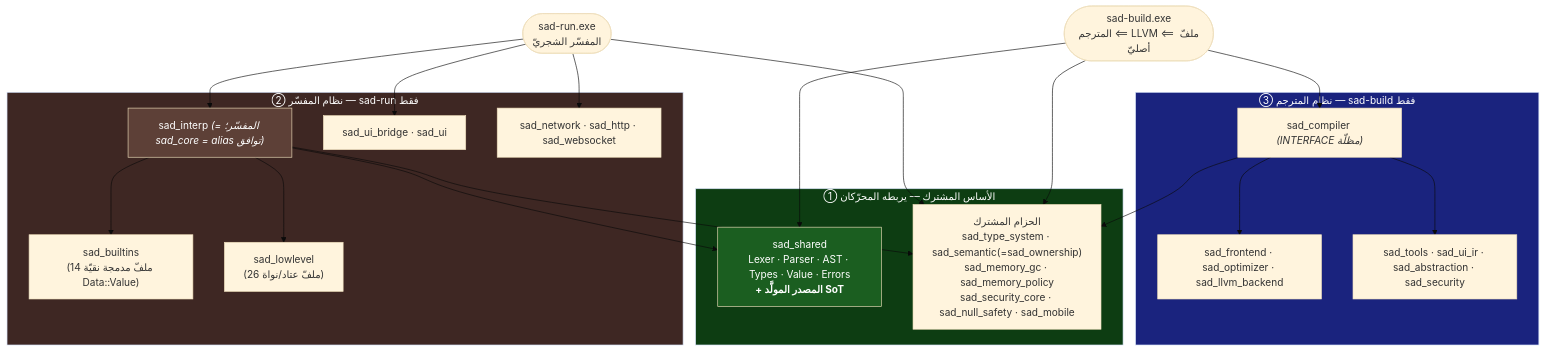
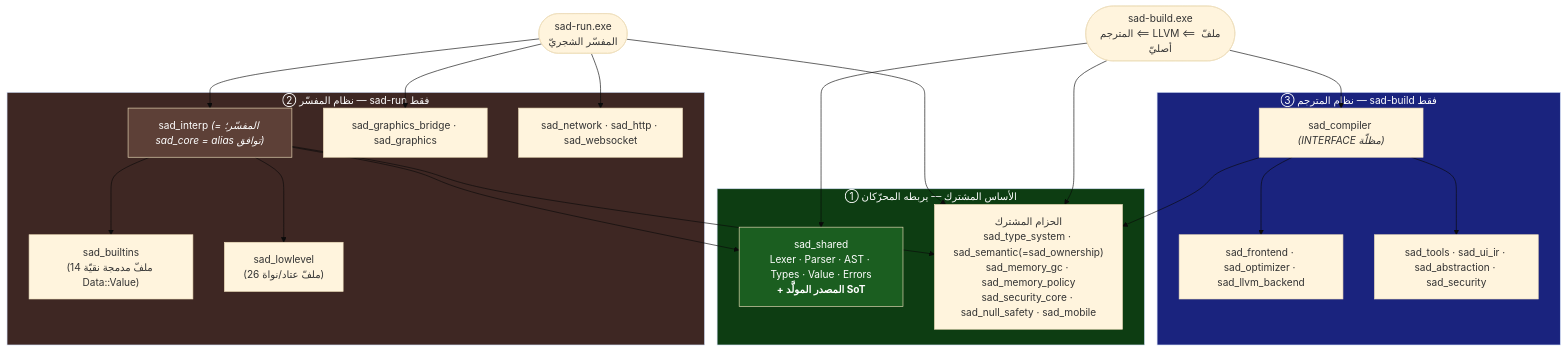
Before and after one commit to sadlang/sadlang: the diagram in docs/architecture/cmake-target-boundaries.md, drawn with Mermaid (base theme). The commit also changed other lines of this file and 676 other files, not shown here.

````diff
--- a/docs/architecture/cmake-target-boundaries.md
+++ b/docs/architecture/cmake-target-boundaries.md
@@ -20,36 +20,36 @@
 ```mermaid
 flowchart TB
     subgraph FOUND["① الأساس المشترك — يربطه المحرّكان"]
         SHARED["sad_shared<br/>Lexer · Parser · AST · Types · Value · Errors<br/><b>+ المصدر المولَّد SoT</b>"]
         BAND["الحزام المشترك<br/>sad_type_system · sad_semantic(=sad_ownership)<br/>sad_memory_gc · sad_memory_policy<br/>sad_security_core · sad_null_safety · sad_mobile"]
     end
 
     subgraph INTERP["② نظام المفسّر — sad-run فقط"]
         CORE["sad_interp <i>(= المفسّر؛ sad_core = alias توافق)</i>"]
         BLT["sad_builtins<br/>(14 ملفّ مدمجة نقيّة Data::Value)"]
         LOW["sad_lowlevel<br/>(26 ملفّ عتاد/نواة)"]
-        UIB["sad_ui_bridge · sad_ui"]
+        UIB["sad_graphics_bridge · sad_graphics"]
         NET["sad_network · sad_http · sad_websocket"]
     end
 
     subgraph COMPILE["③ نظام المترجم — sad-build فقط"]
         COMP["sad_compiler <i>(INTERFACE مظلّة)</i>"]
         FRONT["sad_frontend · sad_optimizer · sad_llvm_backend"]
         CTOOLS["sad_tools · sad_ui_ir · sad_abstraction · sad_security"]
     end
 
     RUN(["sad-run.exe<br/>المفسّر الشجريّ"])
     BUILD(["sad-build.exe<br/>المترجم ⟸ LLVM ⟸ ملفّ أصليّ"])
 
     CORE --> BLT & LOW
     CORE --> SHARED & BAND
     RUN --> CORE & UIB & NET & BAND
     COMP --> FRONT & CTOOLS & BAND
     BUILD --> SHARED & COMP & BAND
 
     style SHARED fill:#1b5e20,color:#fff
     style CORE fill:#5d4037,color:#fff
     style FOUND fill:#0d3d12,color:#fff
     style INTERP fill:#3e2723,color:#fff
     style COMPILE fill:#1a237e,color:#fff
 ```
````
